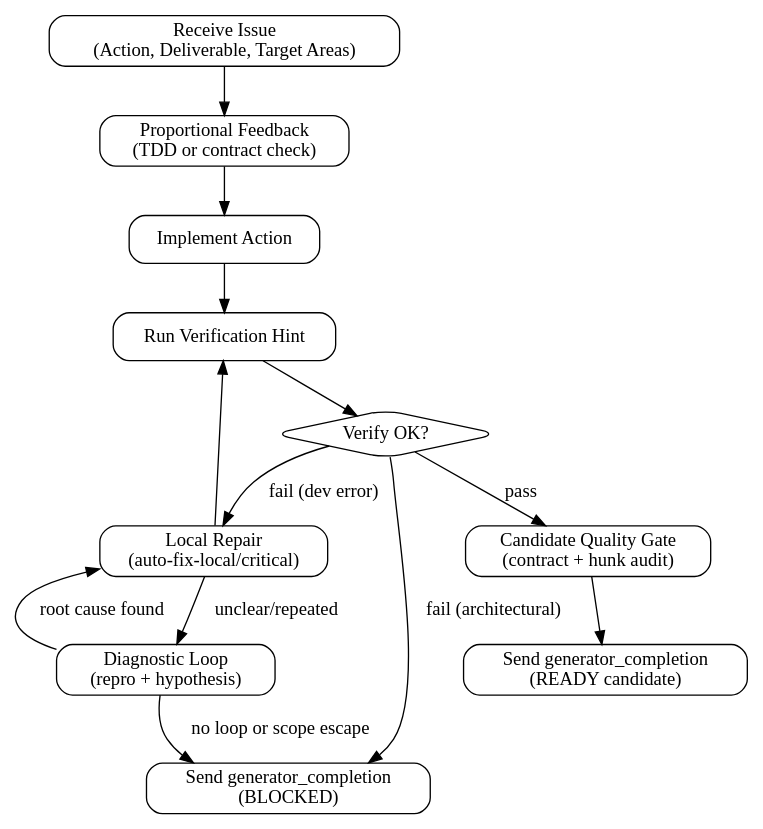
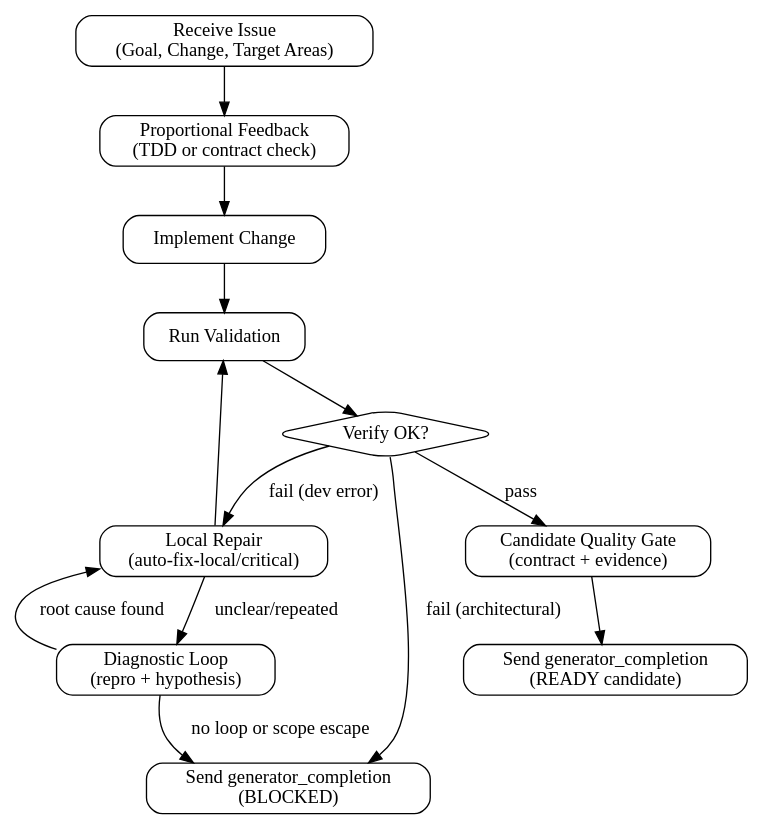
The first of 2 diagrams in skills/pge-exec/handoffs/generator.md (feng-y/pge), drawn with Graphviz before and after one commit. The commit also changed other lines of this file and 21 other files, not shown here.

First line of the commit message:
Add issue files contract migration plan (#5)

````diff
--- a/skills/pge-exec/handoffs/generator.md
+++ b/skills/pge-exec/handoffs/generator.md
@@ -7,27 +7,27 @@
 ```dot
 digraph generator {
   rankdir=TB;
   node [shape=box, style=rounded];
 
-  receive [label="Receive Issue\n(Action, Deliverable, Target Areas)"];
-  implement [label="Implement Action"];
+  receive [label="Receive Issue\n(Goal, Change, Target Areas)"];
+  implement [label="Implement Change"];
   feedback [label="Proportional Feedback\n(TDD or contract check)"];
-  verify [label="Run Verification Hint"];
+  verify [label="Run Validation"];
   diagnose [label="Diagnostic Loop\n(repro + hypothesis)"];
-  quality_gate [label="Candidate Quality Gate\n(contract + hunk audit)"];
+  quality_gate [label="Candidate Quality Gate\n(contract + evidence)"];
   verify_ok [label="Verify OK?", shape=diamond];
   local_repair [label="Local Repair\n(auto-fix-local/critical)"];
   completion [label="Send generator_completion\n(READY candidate)"];
   blocked [label="Send generator_completion\n(BLOCKED)"];
 
   receive -> feedback -> implement -> verify -> verify_ok;
   verify_ok -> quality_gate [label="pass"];
   verify_ok -> local_repair [label="fail (dev error)"];
   local_repair -> diagnose [label="unclear/repeated"];
   diagnose -> local_repair [label="root cause found"];
   diagnose -> blocked [label="no loop or scope escape"];
   verify_ok -> blocked [label="fail (architectural)"];
   local_repair -> verify;
   quality_gate -> completion;
 }
 ```
````
